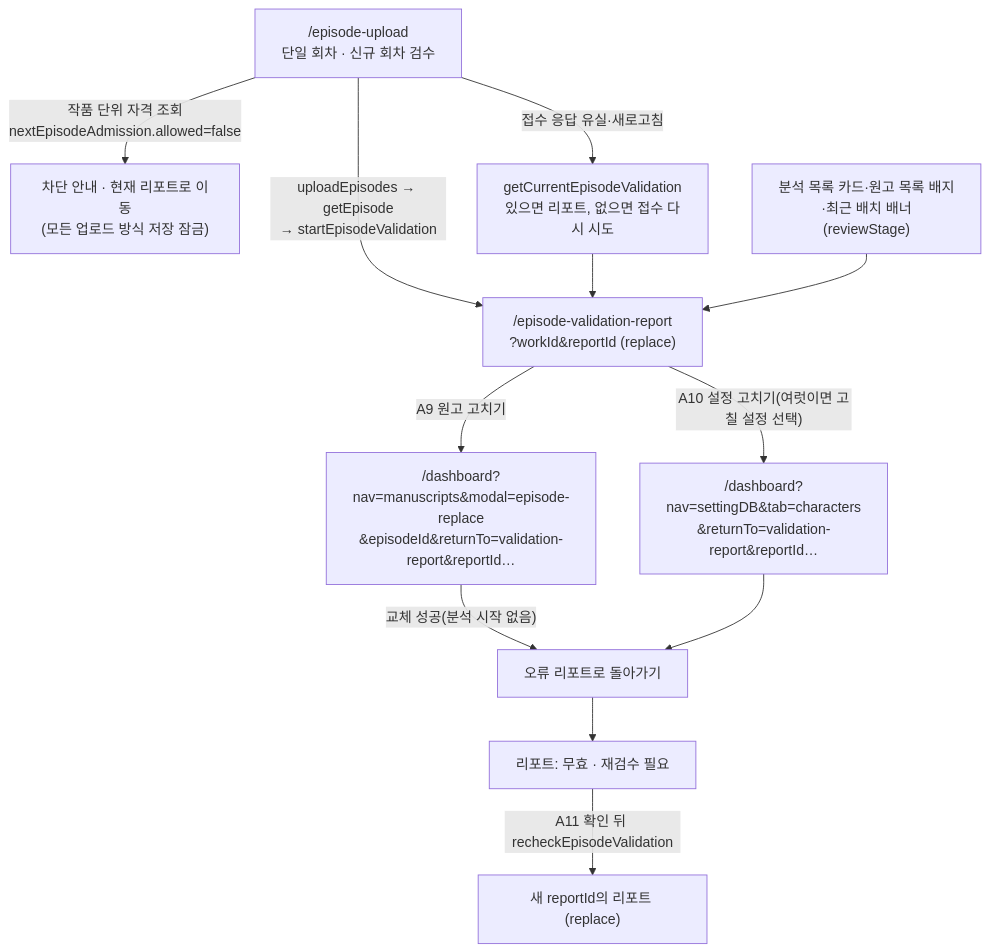
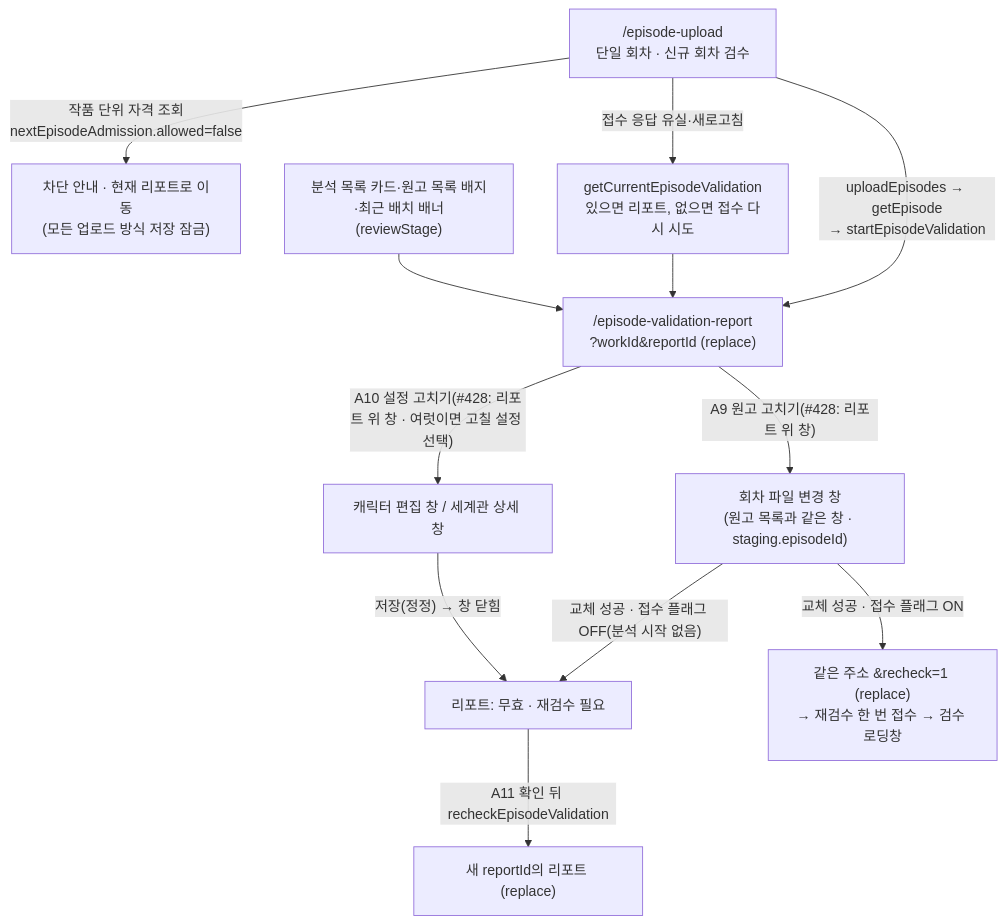
One commit to catchhole-soma/catchhole-front changed diagram 17 of 21 in docs/screen-flow.md. Above: the diagram before and after it, drawn with Mermaid. The commit also changed other lines of this file and 1 other file, not shown here.

First line of the commit message:
docs(validation): 오류 리포트 제자리 고치기 흐름을 기록한다

````diff
--- a/docs/screen-flow.md
+++ b/docs/screen-flow.md
@@ -1090,14 +1090,14 @@
 ```mermaid
 flowchart TD
     U["/episode-upload<br/>단일 회차 · 신규 회차 검수"] -->|"작품 단위 자격 조회<br/>nextEpisodeAdmission.allowed=false"| X["차단 안내 · 현재 리포트로 이동<br/>(모든 업로드 방식 저장 잠금)"]
     U -->|"uploadEpisodes → getEpisode<br/>→ startEpisodeValidation"| R["/episode-validation-report<br/>?workId&reportId (replace)"]
     U -->|"접수 응답 유실·새로고침"| C["getCurrentEpisodeValidation<br/>있으면 리포트, 없으면 접수 다시 시도"]
     C --> R
     L["분석 목록 카드·원고 목록 배지·최근 배치 배너<br/>(reviewStage)"] --> R
-    R -->|"A9 원고 고치기"| M["/dashboard?nav=manuscripts&modal=episode-replace<br/>&episodeId&returnTo=validation-report&reportId…"]
-    M -->|"교체 성공(분석 시작 없음)"| B["오류 리포트로 돌아가기"]
-    R -->|"A10 설정 고치기(여럿이면 고칠 설정 선택)"| S["/dashboard?nav=settingDB&tab=characters<br/>&returnTo=validation-report&reportId…"]
-    S --> B
-    B --> R2["리포트: 무효 · 재검수 필요"]
+    R -->|"A9 원고 고치기(#428: 리포트 위 창)"| M["회차 파일 변경 창<br/>(원고 목록과 같은 창 · staging.episodeId)"]
+    M -->|"교체 성공 · 접수 플래그 OFF(분석 시작 없음)"| R2
+    M -->|"교체 성공 · 접수 플래그 ON"| RS["같은 주소 &recheck=1 (replace)<br/>→ 재검수 한 번 접수 → 검수 로딩창"]
+    R -->|"A10 설정 고치기(#428: 리포트 위 창 · 여럿이면 고칠 설정 선택)"| S["캐릭터 편집 창 / 세계관 상세 창"]
+    S -->|"저장(정정) → 창 닫힘"| R2["리포트: 무효 · 재검수 필요"]
     R2 -->|"A11 확인 뒤 recheckEpisodeValidation"| N["새 reportId의 리포트 (replace)"]
 ```
````
